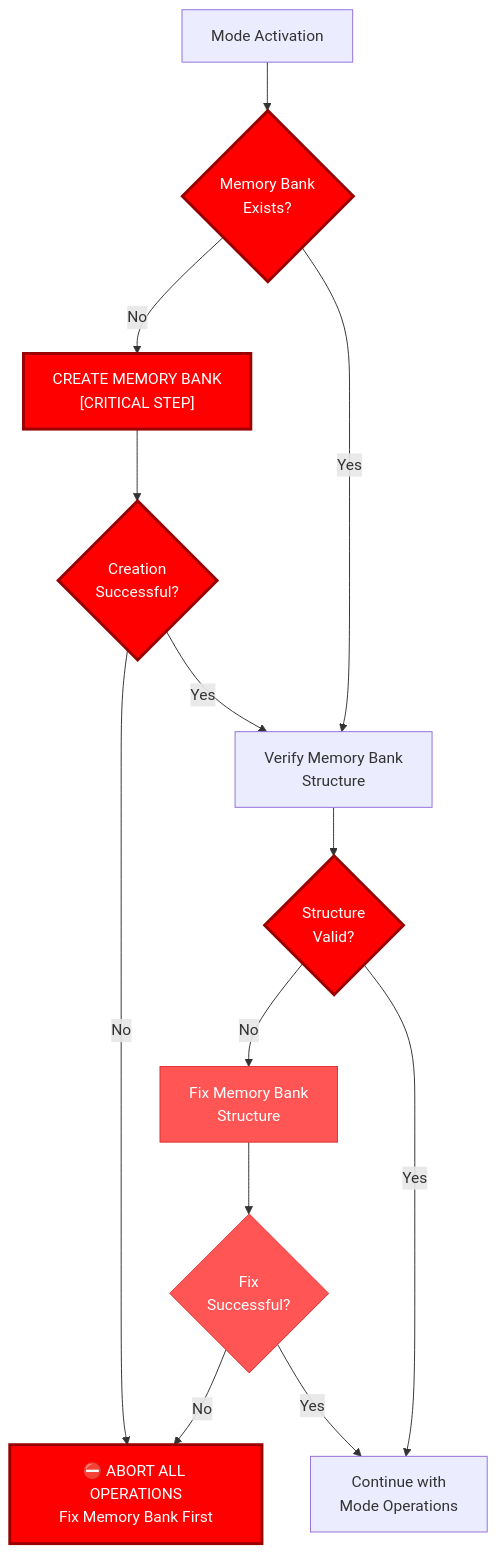
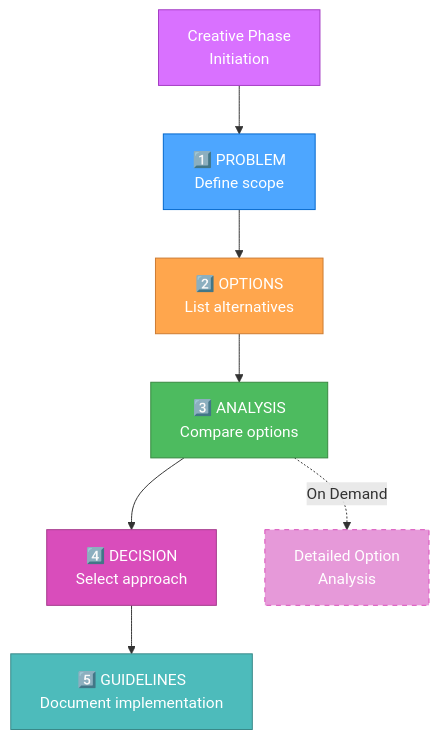
One commit to aleasweb/cityQuest changed the fourth of 6 diagrams in .cursor/rules/isolation_rules/main.mdc. Above: the diagram before and after it, drawn with Mermaid. The commit also changed other lines of this file and 26 other files, not shown here.

Commit message:
update memory-bank and delete qoder

````diff
--- a/.cursor/rules/isolation_rules/main.mdc
+++ b/.cursor/rules/isolation_rules/main.mdc
@@ -36,27 +107,18 @@
 ```mermaid
 graph TD
-    Start["Mode Activation"] --> CheckMemBank{"Memory Bank<br>Exists?"}
+    Start["Creative Phase<br>Initiation"] --> P1["1️⃣ PROBLEM<br>Define scope"]
+    P1 --> P2["2️⃣ OPTIONS<br>List alternatives"]
+    P2 --> P3["3️⃣ ANALYSIS<br>Compare options"]
+    P3 --> P4["4️⃣ DECISION<br>Select approach"]
+    P4 --> P5["5️⃣ GUIDELINES<br>Document implementation"]
     
-    CheckMemBank -->|"No"| CreateMemBank["CREATE MEMORY BANK<br>[CRITICAL STEP]"]
-    CheckMemBank -->|"Yes"| VerifyMemBank["Verify Memory Bank<br>Structure"]
+    P3 -.->|"On Demand"| Details["Detailed Option<br>Analysis"]
     
-    CreateMemBank --> VerifyCreation{"Creation<br>Successful?"}
-    VerifyCreation -->|"No"| AbortAll["⛔ ABORT ALL OPERATIONS<br>Fix Memory Bank First"]
-    VerifyCreation -->|"Yes"| VerifyMemBank
-    
-    VerifyMemBank --> StructureCheck{"Structure<br>Valid?"}
-    StructureCheck -->|"No"| FixStructure["Fix Memory Bank<br>Structure"]
-    StructureCheck -->|"Yes"| ContinueMode["Continue with<br>Mode Operations"]
-    
-    FixStructure --> VerifyFix{"Fix<br>Successful?"}
-    VerifyFix -->|"No"| AbortAll
-    VerifyFix -->|"Yes"| ContinueMode
-    
-    style CheckMemBank fill:#ff0000,stroke:#990000,color:white,stroke-width:3px
-    style CreateMemBank fill:#ff0000,stroke:#990000,color:white,stroke-width:3px
-    style VerifyCreation fill:#ff0000,stroke:#990000,color:white,stroke-width:3px
-    style AbortAll fill:#ff0000,stroke:#990000,color:white,stroke-width:3px
-    style StructureCheck fill:#ff0000,stroke:#990000,color:white,stroke-width:3px
-    style FixStructure fill:#ff5555,stroke:#dd3333,color:white
-    style VerifyFix fill:#ff5555,stroke:#dd3333,color:white
+    style Start fill:#d971ff,stroke:#a33bc2,color:white
+    style P1 fill:#4da6ff,stroke:#0066cc,color:white
+    style P2 fill:#ffa64d,stroke:#cc7a30,color:white
+    style P3 fill:#4dbb5f,stroke:#36873f,color:white
+    style P4 fill:#d94dbb,stroke:#a3378a,color:white
+    style P5 fill:#4dbbbb,stroke:#368787,color:white
+    style Details fill:#e699d9,stroke:#d94dbb,color:white,stroke-dasharray: 5 5
 ```
````
